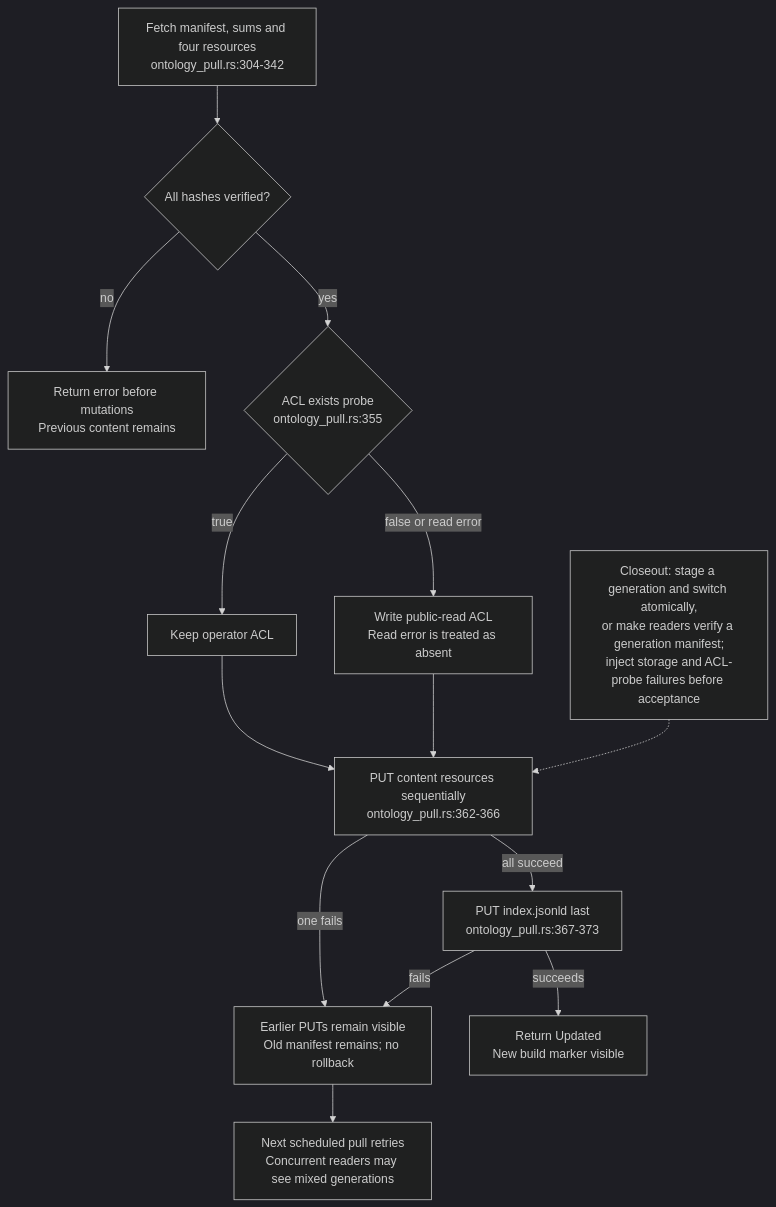
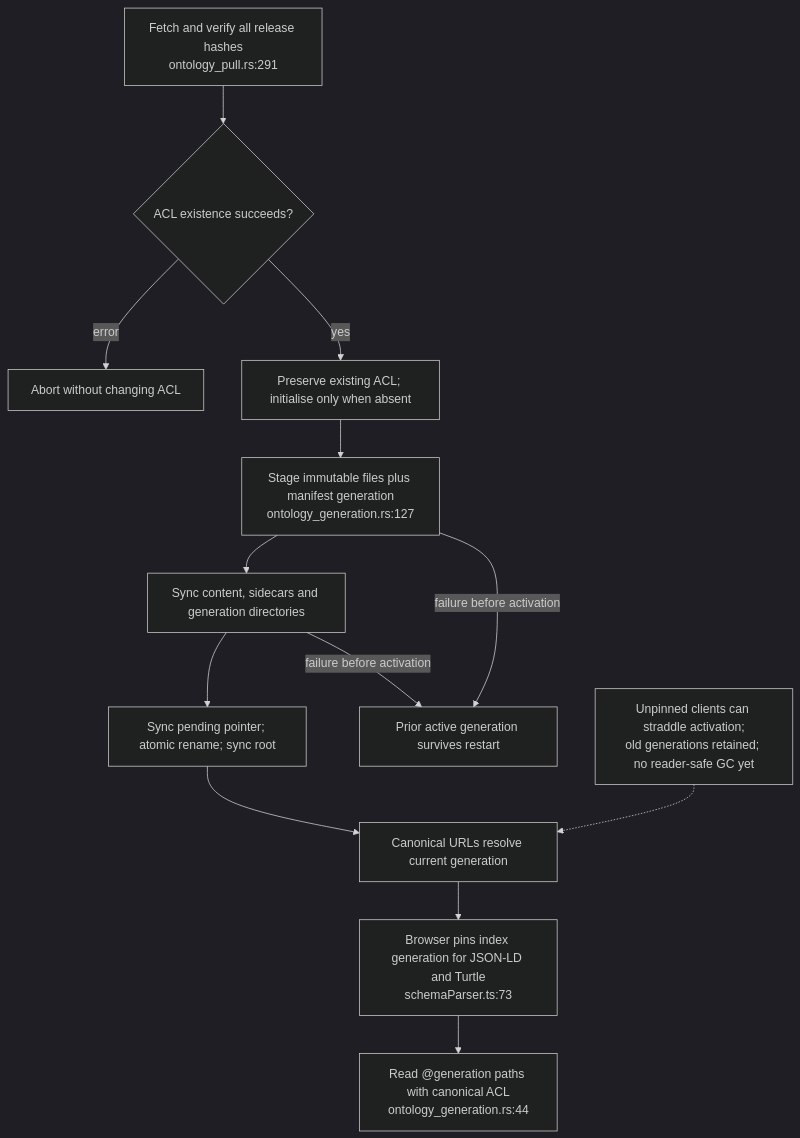
Before and after one commit to DreamLab-AI/VisionFlow: diagram 14 of 14 in docs/diagrams/visionclaw/26-solid-pod-and-jss.md, drawn with Mermaid (dark theme). The commit also changed other lines of this file and 52 other files, not shown here.

First line of the commit message:
docs(diagrams): wave 3 checkpoint — bare line refs resolved, revision-pinned cite-check, VC-05/AB-01..13 re-attested

````diff
--- a/docs/diagrams/visionclaw/26-solid-pod-and-jss.md
+++ b/docs/diagrams/visionclaw/26-solid-pod-and-jss.md
@@ -545,16 +546,15 @@
 ```mermaid
 flowchart TD
-    Fetch["Fetch manifest, sums and four resources<br/>ontology_pull.rs:304-342"] --> Verify{"All hashes verified?"}
-    Verify -->|no| Unchanged["Return error before mutations<br/>Previous content remains"]
-    Verify -->|yes| Probe{"ACL exists probe<br/>ontology_pull.rs:355"}
-    Probe -->|true| Preserve["Keep operator ACL"]
-    Probe -->|false or read error| ACL["Write public-read ACL<br/>Read error is treated as absent"]
-    Preserve --> Writes["PUT content resources sequentially<br/>ontology_pull.rs:362-366"]
-    ACL --> Writes
-    Writes -->|all succeed| Manifest["PUT index.jsonld last<br/>ontology_pull.rs:367-373"]
-    Writes -->|one fails| Mixed["Earlier PUTs remain visible<br/>Old manifest remains; no rollback"]
-    Manifest -->|fails| Mixed
-    Manifest -->|succeeds| Complete["Return Updated<br/>New build marker visible"]
-    Mixed --> Retry["Next scheduled pull retries<br/>Concurrent readers may see mixed generations"]
-    Risk["Closeout: stage a generation and switch atomically,<br/>or make readers verify a generation manifest;<br/>inject storage and ACL-probe failures before acceptance"] -.-> Writes
+    Fetch["Fetch and verify all release hashes<br/>ontology_pull.rs:291"] --> Probe{"ACL existence succeeds?"}
+    Probe -->|error| Abort["Abort without changing ACL"]
+    Probe -->|yes| ACL["Preserve existing ACL; initialise only when absent"]
+    ACL --> Stage["Stage immutable files plus manifest generation<br/>ontology_generation.rs:127"]
+    Stage --> Sync["Sync content, sidecars and generation directories"]
+    Sync --> Activate["Sync pending pointer; atomic rename; sync root"]
+    Stage -->|failure before activation| Old["Prior active generation survives restart"]
+    Sync -->|failure before activation| Old
+    Activate --> Canonical["Canonical URLs resolve current generation"]
+    Canonical --> Pin["Browser pins index generation for JSON-LD and Turtle<br/>schemaParser.ts:73"]
+    Pin --> Read["Read @generation paths with canonical ACL<br/>ontology_generation.rs:44"]
+    Limit["Unpinned clients can straddle activation;<br/>old generations retained; no reader-safe GC yet"] -.-> Canonical
 ```
````
